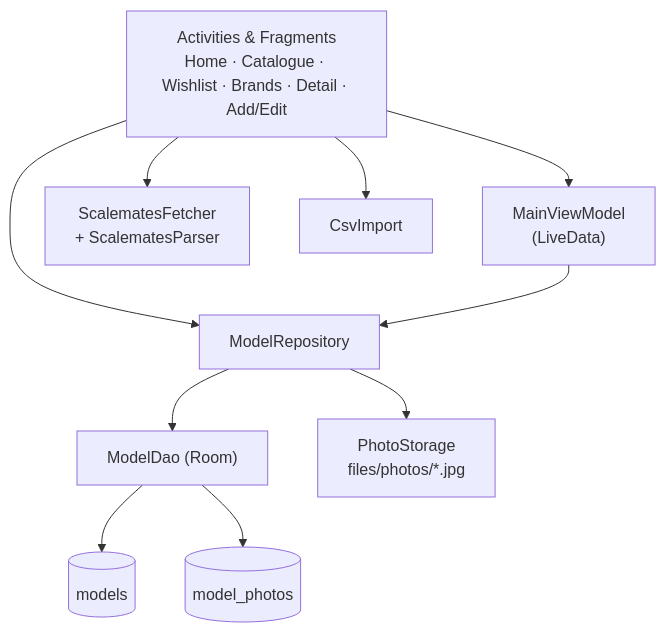
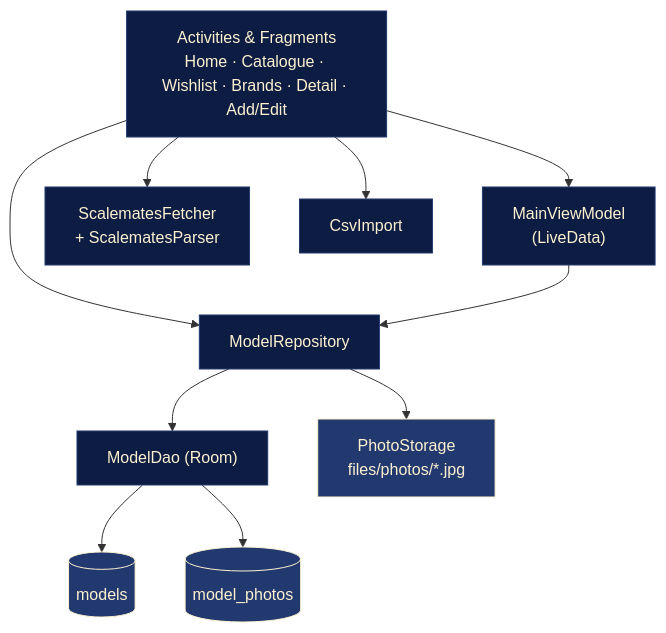
The diagram in README.md (SarthakBharad-AndroidStudio/model-stash), drawn with Mermaid before and after one commit. The commit also changed other lines of this file, not shown here.

````diff
--- a/README.md
+++ b/README.md
@@ -111,12 +123,17 @@
 ```mermaid
 flowchart TD
-   UI["Activities & Fragments<br/>Home · Catalogue · Wishlist · Brands · Detail · Add/Edit"] --> VM["MainViewModel<br/>(LiveData)"]
-   UI --> REPO[ModelRepository]
-   VM --> REPO
-   REPO --> DAO["ModelDao (Room)"]
-   DAO --> DB1[("models")]
-   DAO --> DB2[("model_photos")]
-   REPO --> PS["PhotoStorage<br/>files/photos/*.jpg"]
-   UI --> SM["ScalematesFetcher<br/>+ ScalematesParser"]
-   UI --> CSV["CsvImport"]
+    UI["Activities & Fragments<br/>Home · Catalogue · Wishlist · Brands · Detail · Add/Edit"] --> VM["MainViewModel<br/>(LiveData)"]
+    UI --> REPO[ModelRepository]
+    VM --> REPO
+    REPO --> DAO["ModelDao (Room)"]
+    DAO --> DB1[("models")]
+    DAO --> DB2[("model_photos")]
+    REPO --> PS["PhotoStorage<br/>files/photos/*.jpg"]
+    UI --> SM["ScalematesFetcher<br/>+ ScalematesParser"]
+    UI --> CSV["CsvImport"]
+
+    classDef navy fill:#0D1C42,stroke:#22396F,color:#FCF1D0
+    classDef store fill:#22396F,stroke:#FCF1D0,color:#FCF1D0
+    class UI,VM,REPO,DAO,SM,CSV navy
+    class DB1,DB2,PS store
 ```
````
